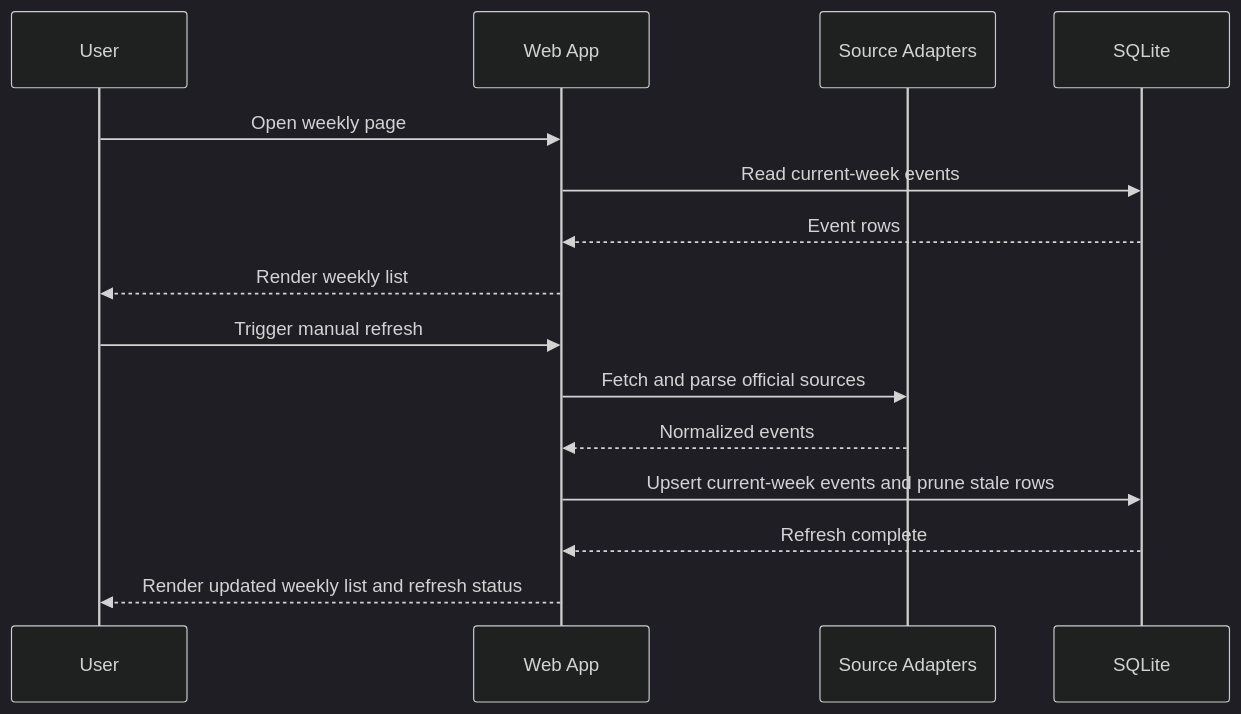
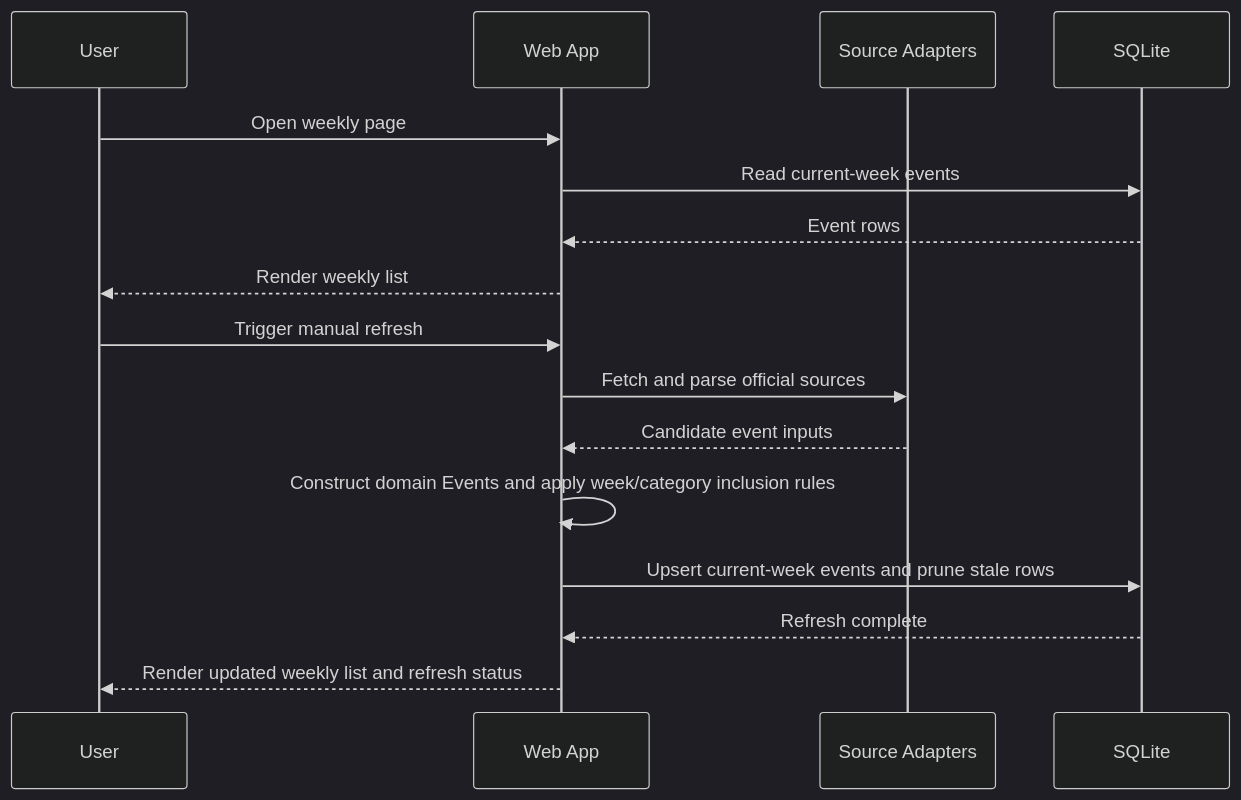
The second of 2 diagrams in docs/architecture.md (igramberg/events), drawn with Mermaid (dark theme) before and after one commit. The commit also changed other lines of this file and 1 other file, not shown here.

Commit message:
Lock T2 identity design and architecture doc

````diff
--- a/docs/architecture.md
+++ b/docs/architecture.md
@@ -85,19 +87,20 @@
 ```mermaid
 sequenceDiagram
     participant U as User
     participant W as Web App
     participant S as Source Adapters
     participant D as SQLite
 
     U->>W: Open weekly page
     W->>D: Read current-week events
     D-->>W: Event rows
     W-->>U: Render weekly list
 
     U->>W: Trigger manual refresh
     W->>S: Fetch and parse official sources
-    S-->>W: Normalized events
+    S-->>W: Candidate event inputs
+    W->>W: Construct domain Events and apply week/category inclusion rules
     W->>D: Upsert current-week events and prune stale rows
     D-->>W: Refresh complete
     W-->>U: Render updated weekly list and refresh status
 ```
````
